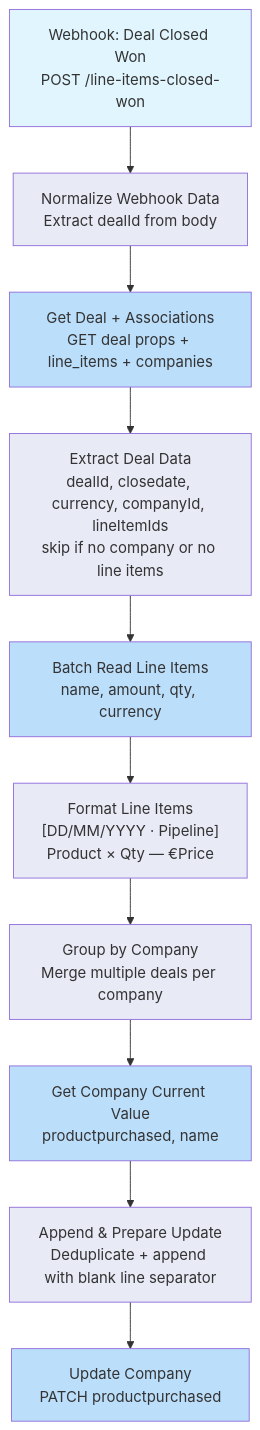
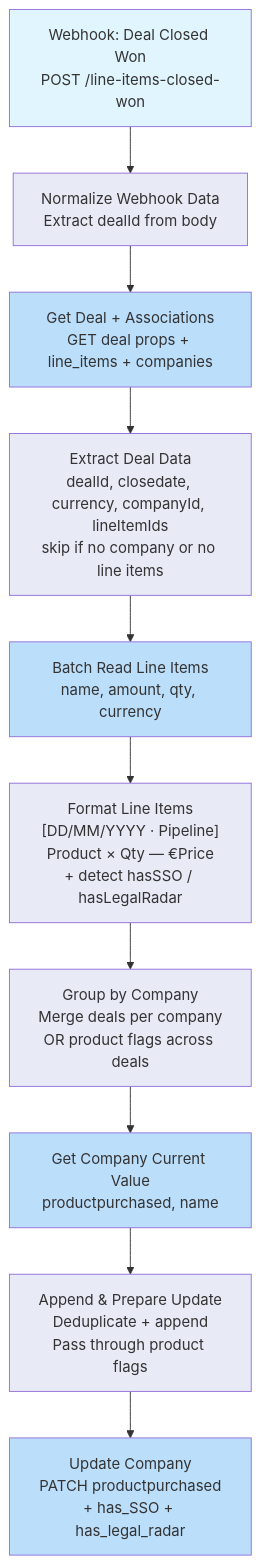
The diagram in workflows/line-items-workflow/architecture.mmd (isaachasbani-legalfly/workflow-automations), drawn with Mermaid before and after one commit. The commit also changed 4 other files, not shown here.

First line of the commit message:
feat: add product flag detection (has_sso, has_legal_radar) to line items workflow v2.1

```diff
--- a/workflows/line-items-workflow/architecture.mmd
+++ b/workflows/line-items-workflow/architecture.mmd
@@ -1,21 +1,21 @@
 flowchart TD
     WH["Webhook: Deal Closed Won\nPOST /line-items-closed-won"] --> NW["Normalize Webhook Data\nExtract dealId from body"]
     NW --> GD["Get Deal + Associations\nGET deal props + line_items + companies"]
     GD --> EDD["Extract Deal Data\ndealId, closedate, currency, companyId, lineItemIds\nskip if no company or no line items"]
     EDD --> BLI["Batch Read Line Items\nname, amount, qty, currency"]
-    BLI --> FLI["Format Line Items\n[DD/MM/YYYY · Pipeline]\nProduct × Qty — €Price"]
-    FLI --> GBC["Group by Company\nMerge multiple deals per company"]
+    BLI --> FLI["Format Line Items\n[DD/MM/YYYY · Pipeline]\nProduct × Qty — €Price\n+ detect hasSSO / hasLegalRadar"]
+    FLI --> GBC["Group by Company\nMerge deals per company\nOR product flags across deals"]
     GBC --> GC["Get Company Current Value\nproductpurchased, name"]
-    GC --> AP["Append & Prepare Update\nDeduplicate + append with blank line separator"]
-    AP --> UC["Update Company\nPATCH productpurchased"]
+    GC --> AP["Append & Prepare Update\nDeduplicate + append\nPass through product flags"]
+    AP --> UC["Update Company\nPATCH productpurchased\n+ has_SSO + has_legal_radar"]
 
     style WH fill:#e1f5fe
     style NW fill:#e8eaf6
     style GD fill:#bbdefb
     style EDD fill:#e8eaf6
     style BLI fill:#bbdefb
     style FLI fill:#e8eaf6
     style GBC fill:#e8eaf6
     style GC fill:#bbdefb
     style AP fill:#e8eaf6
     style UC fill:#bbdefb
```
